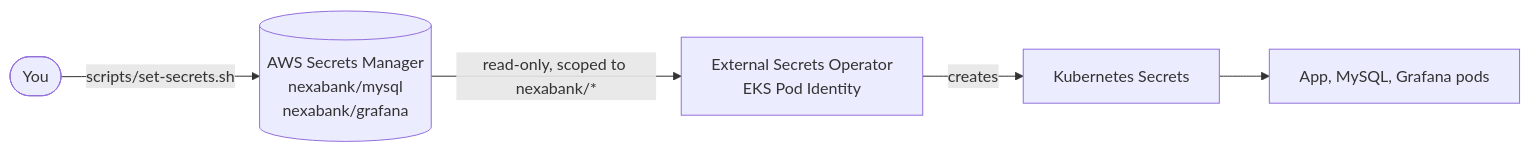
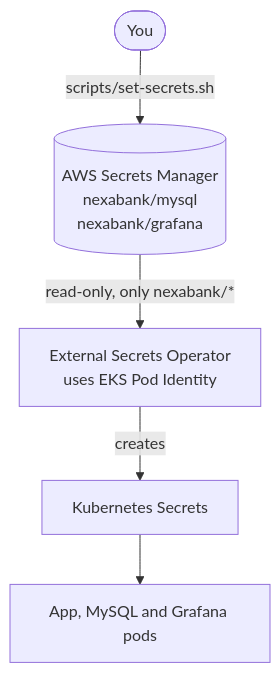
The sixth of 8 diagrams in README.md (shashankcodes-10/NexaBank), drawn with Mermaid before and after one commit. The commit also changed other lines of this file and 7 other files, not shown here.

Commit message:
docs: readable diagrams and application screenshots in the README

````diff
--- a/README.md
+++ b/README.md
@@ -228,7 +265,7 @@
 ```mermaid
-flowchart LR
+flowchart TB
     you([You]) -->|scripts/set-secrets.sh| sm[(AWS Secrets Manager<br/>nexabank/mysql<br/>nexabank/grafana)]
-    sm -->|read-only, scoped to nexabank/*| eso[External Secrets Operator<br/>EKS Pod Identity]
+    sm -->|read-only, only nexabank/*| eso[External Secrets Operator<br/>uses EKS Pod Identity]
     eso -->|creates| ks[Kubernetes Secrets]
-    ks --> pods[App, MySQL, Grafana pods]
+    ks --> pods[App, MySQL and Grafana pods]
 ```
````
